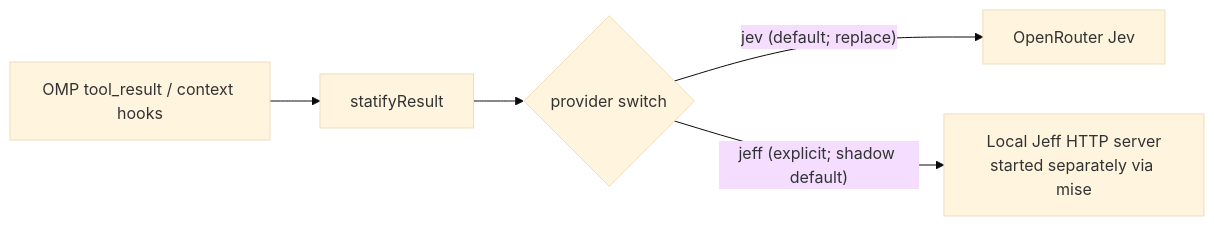
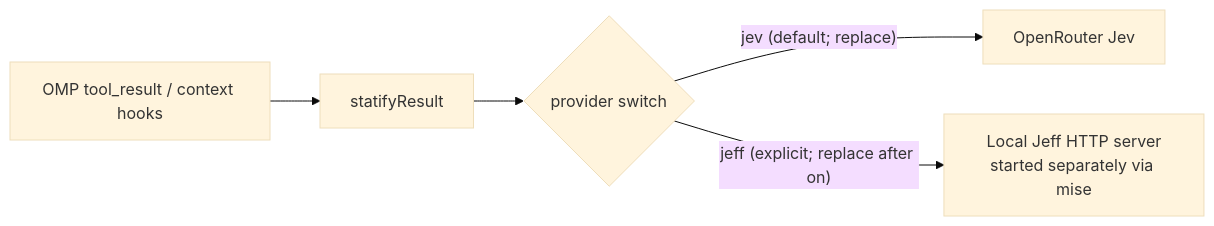
One commit to d3d0n/omp-statify changed the diagram in docs/jeff.md. Above: the diagram before and after it, drawn with Mermaid (base theme). The commit also changed other lines of this file and 9 other files, not shown here.

First line of the commit message:
feat: make Jeff replace by default after opt-in

````diff
--- a/docs/jeff.md
+++ b/docs/jeff.md
@@ -117,7 +117,7 @@
 ```mermaid
 flowchart LR
     A["OMP tool_result / context hooks"] --> B["statifyResult"]
     B --> C{"provider switch"}
     C -->|"jev (default; replace)"| D["OpenRouter Jev"]
-    C -->|"jeff (explicit; shadow default)"| E["Local Jeff HTTP server<br/>started separately via mise"]
+    C -->|"jeff (explicit; replace after on)"| E["Local Jeff HTTP server<br/>started separately via mise"]
 ```
````
